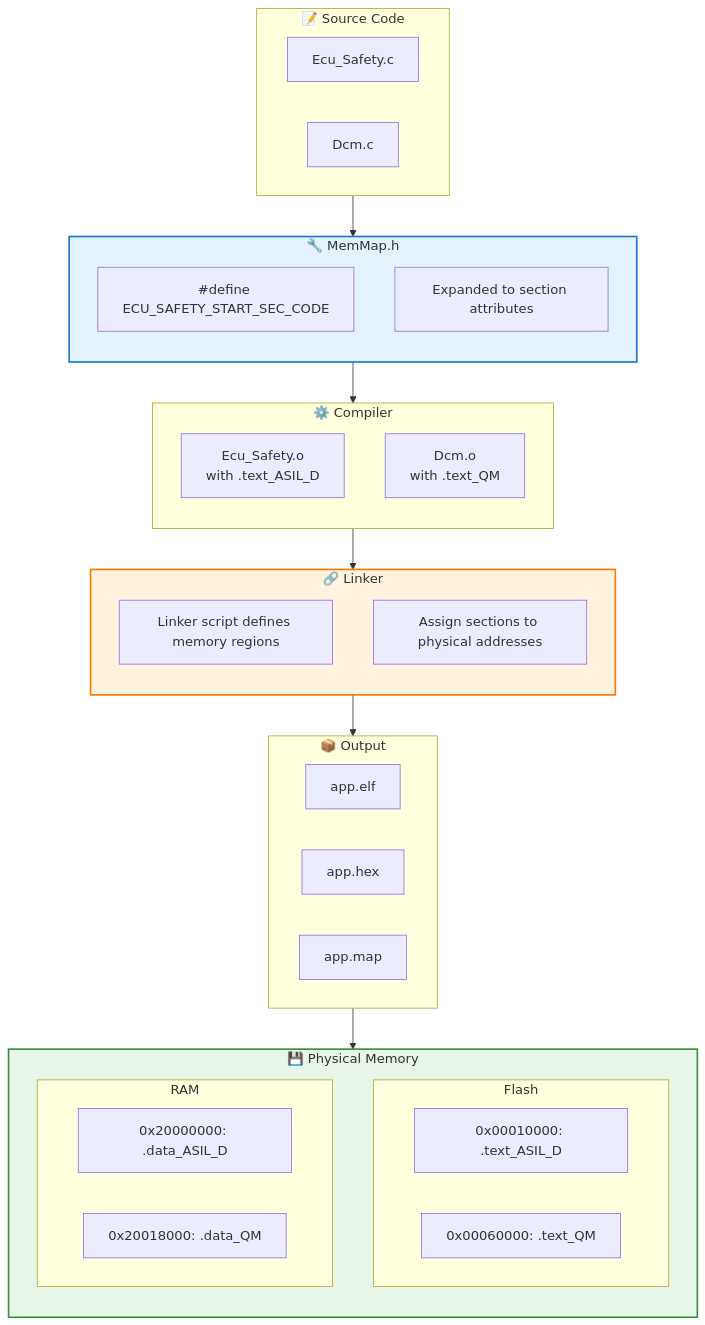
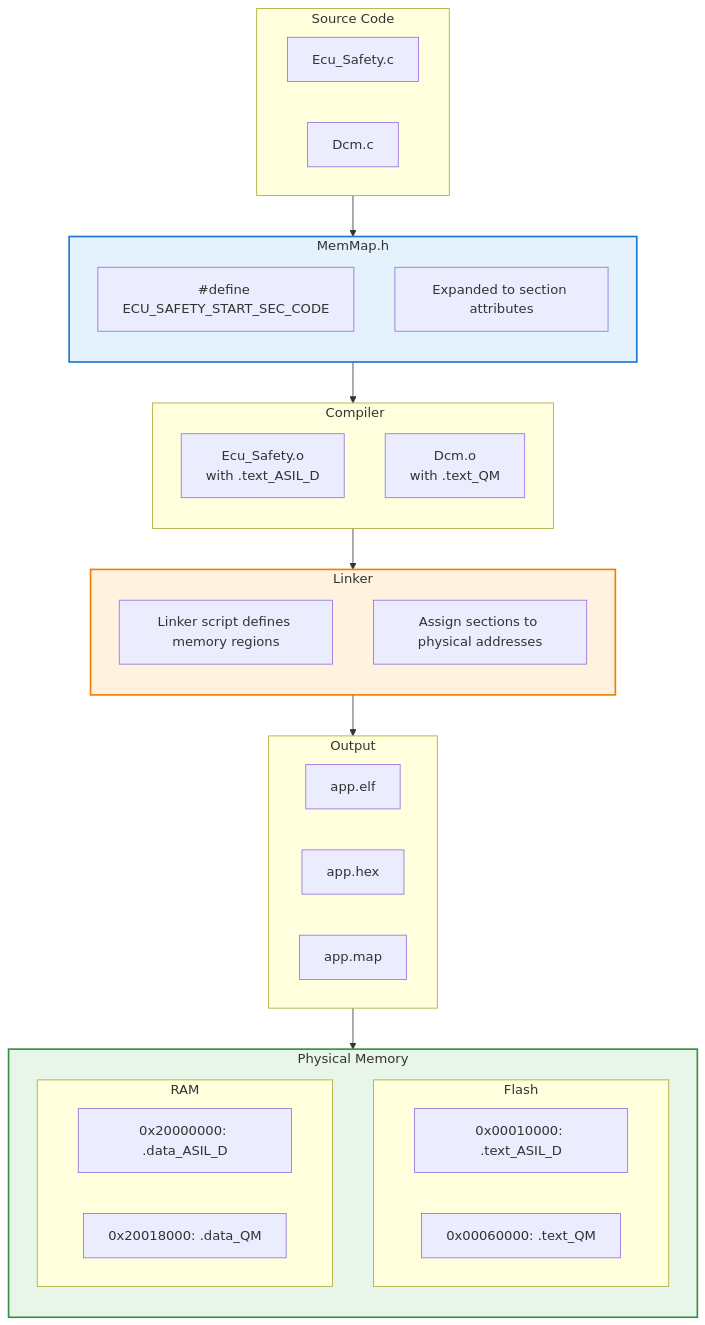
One commit to michaellinhq/automotive-develop-architecture changed the fifth of 5 diagrams in docs/04_Implementation/Memory_Mapping_Design.en.md. Above: the diagram before and after it, drawn with Mermaid. The commit also changed 7 other files, not shown here.

Commit message:
Harden Mermaid syntax in English docs

````diff
--- a/docs/04_Implementation/Memory_Mapping_Design.en.md
+++ b/docs/04_Implementation/Memory_Mapping_Design.en.md
@@ -692,52 +692,52 @@
 ```mermaid
 flowchart TB
-    subgraph SourceCode["📝 Source Code"]
+    subgraph SourceCode[" Source Code"]
         direction LR
         CODE1["Ecu_Safety.c"]
         CODE2["Dcm.c"]
     end
 
-    subgraph MemMap["🔧 MemMap.h"]
+    subgraph MemMap[" MemMap.h"]
         direction TB
         MM1["#define ECU_SAFETY_START_SEC_CODE"]
         MM2["Expanded to section attributes"]
     end
 
-    subgraph Compiler["⚙️ Compiler"]
+    subgraph Compiler["️ Compiler"]
         direction TB
         OBJ1["Ecu_Safety.o<br/>with .text_ASIL_D"]
         OBJ2["Dcm.o<br/>with .text_QM"]
     end
 
-    subgraph Linker["🔗 Linker"]
+    subgraph Linker[" Linker"]
         direction TB
         LD1["Linker script defines memory regions"]
         LD2["Assign sections to physical addresses"]
     end
 
-    subgraph Binary["📦 Output"]
+    subgraph Binary[" Output"]
         ELF["app.elf"]
         HEX["app.hex"]
         MAP["app.map"]
     end
 
-    subgraph Memory["💾 Physical Memory"]
+    subgraph Memory[" Physical Memory"]
         direction TB
 
         subgraph Flash_Layout["Flash"]
             F1["0x00010000: .text_ASIL_D"]
             F2["0x00060000: .text_QM"]
         end
 
         subgraph RAM_Layout["RAM"]
             R1["0x20000000: .data_ASIL_D"]
             R2["0x20018000: .data_QM"]
         end
     end
 
     SourceCode --> MemMap --> Compiler --> Linker --> Binary --> Memory
 
     style MemMap fill:#e3f2fd,stroke:#1976d2,stroke-width:2px
     style Linker fill:#fff3e0,stroke:#f57c00,stroke-width:2px
     style Memory fill:#e8f5e9,stroke:#388e3c,stroke-width:2px
 ```
````
